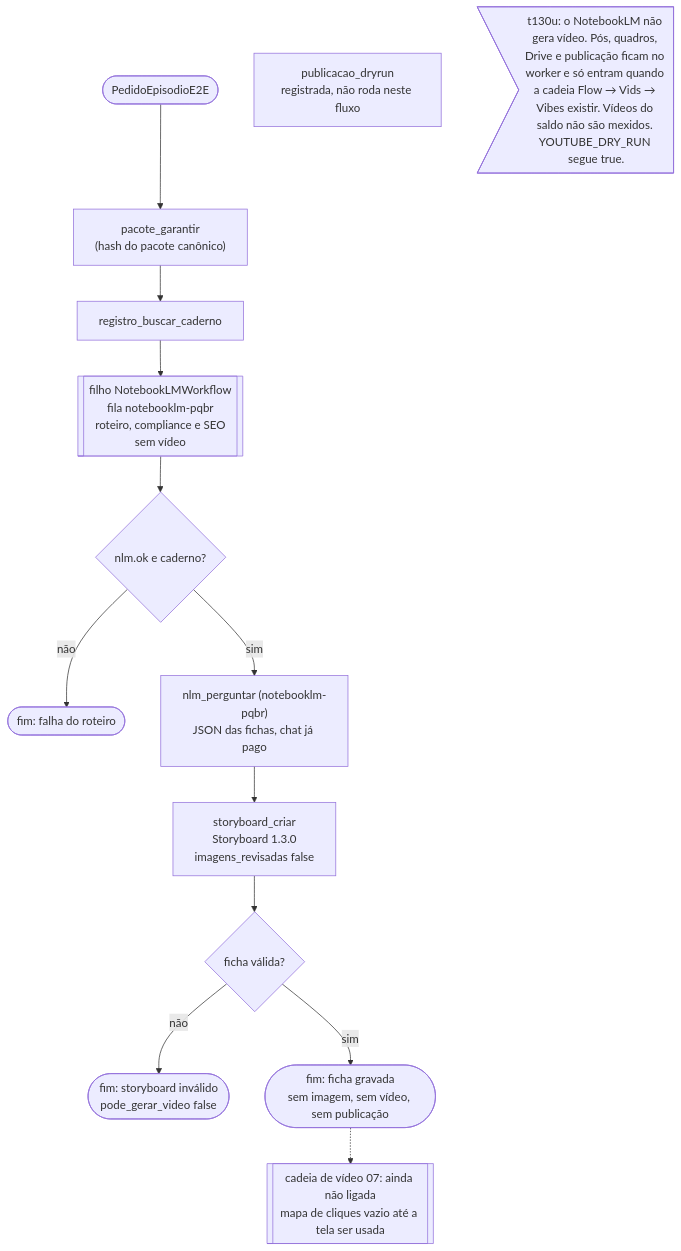
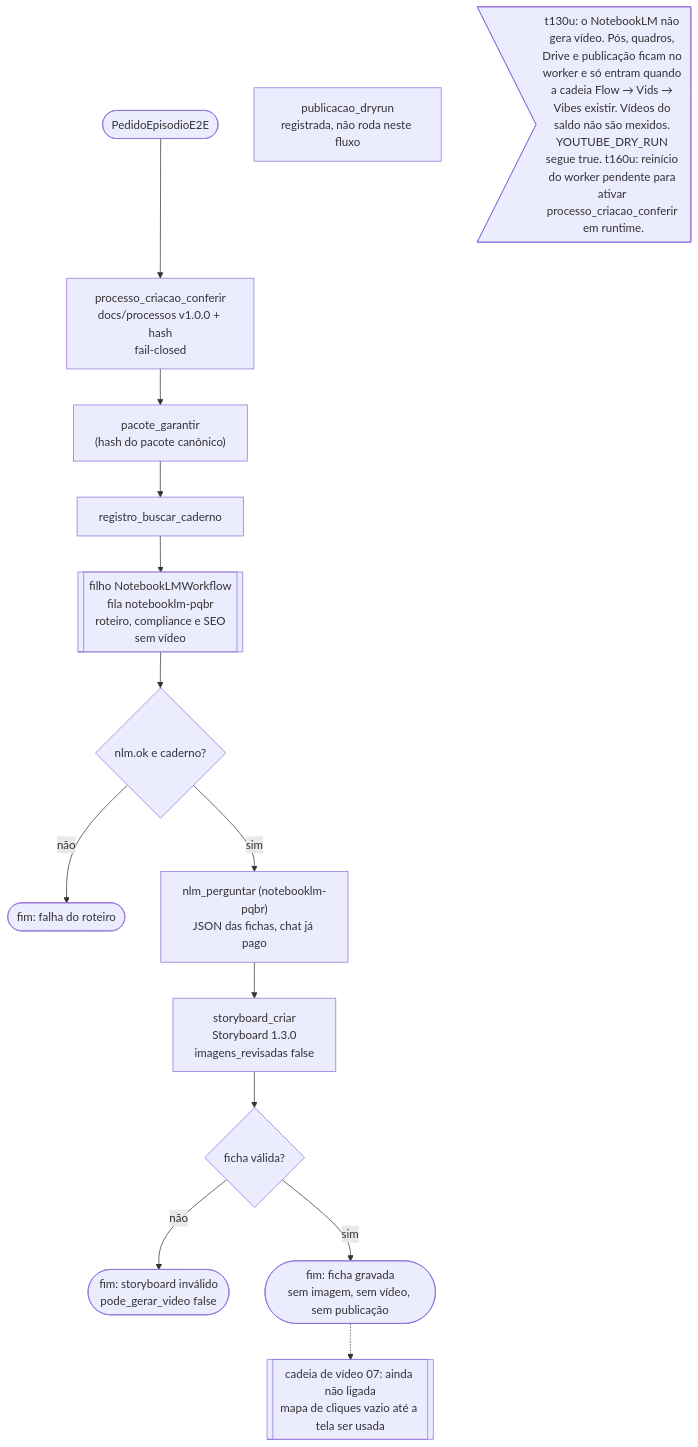
One commit to jvmendesjr/PQBR changed the diagram in docs/mapa/01-episodio.mmd. Above: the diagram before and after it, drawn with Mermaid. The commit also changed 28 other files, not shown here.

First line of the commit message:
docs+fluxo: processo canônico de criação por plataforma (t160u / José t149u)

```diff
--- a/docs/mapa/01-episodio.mmd
+++ b/docs/mapa/01-episodio.mmd
@@ -1,16 +1,17 @@
-%% EpisodioWorkflow (src/pqbr/workflows/episodio.py) — fila episodio-pqbr. t130u: para no storyboard.
+%% EpisodioWorkflow (src/pqbr/workflows/episodio.py) — fila episodio-pqbr. t130u: para no storyboard. t160u: processo canônico.
 flowchart TD
-  S(["PedidoEpisodioE2E"]) --> A1["pacote_garantir<br/>(hash do pacote canônico)"]
+  S(["PedidoEpisodioE2E"]) --> PC["processo_criacao_conferir<br/>docs/processos v1.0.0 + hash<br/>fail-closed"]
+  PC --> A1["pacote_garantir<br/>(hash do pacote canônico)"]
   A1 --> A2["registro_buscar_caderno"]
   A2 --> W1[["filho NotebookLMWorkflow<br/>fila notebooklm-pqbr<br/>roteiro, compliance e SEO<br/>sem vídeo"]]
   W1 --> D1{"nlm.ok e caderno?"}
   D1 -- não --> F1(["fim: falha do roteiro"])
   D1 -- sim --> A3["nlm_perguntar (notebooklm-pqbr)<br/>JSON das fichas, chat já pago"]
   A3 --> A4["storyboard_criar<br/>Storyboard 1.3.0<br/>imagens_revisadas false"]
   A4 --> D2{"ficha válida?"}
   D2 -- não --> F2(["fim: storyboard inválido<br/>pode_gerar_video false"])
   D2 -- sim --> F3(["fim: ficha gravada<br/>sem imagem, sem vídeo, sem publicação"])
   PUB["publicacao_dryrun<br/>registrada, não roda neste fluxo"]
-  N>"t130u: o NotebookLM não gera vídeo. Pós, quadros, Drive e publicação ficam no worker e só entram quando a cadeia Flow → Vids → Vibes existir. Vídeos do saldo não são mexidos. YOUTUBE_DRY_RUN segue true."]
+  N>"t130u: o NotebookLM não gera vídeo. Pós, quadros, Drive e publicação ficam no worker e só entram quando a cadeia Flow → Vids → Vibes existir. Vídeos do saldo não são mexidos. YOUTUBE_DRY_RUN segue true. t160u: reinício do worker pendente para ativar processo_criacao_conferir em runtime."]
   CV[["cadeia de vídeo 07: ainda não ligada<br/>mapa de cliques vazio até a tela ser usada"]]
   F3 -.-> CV
```
